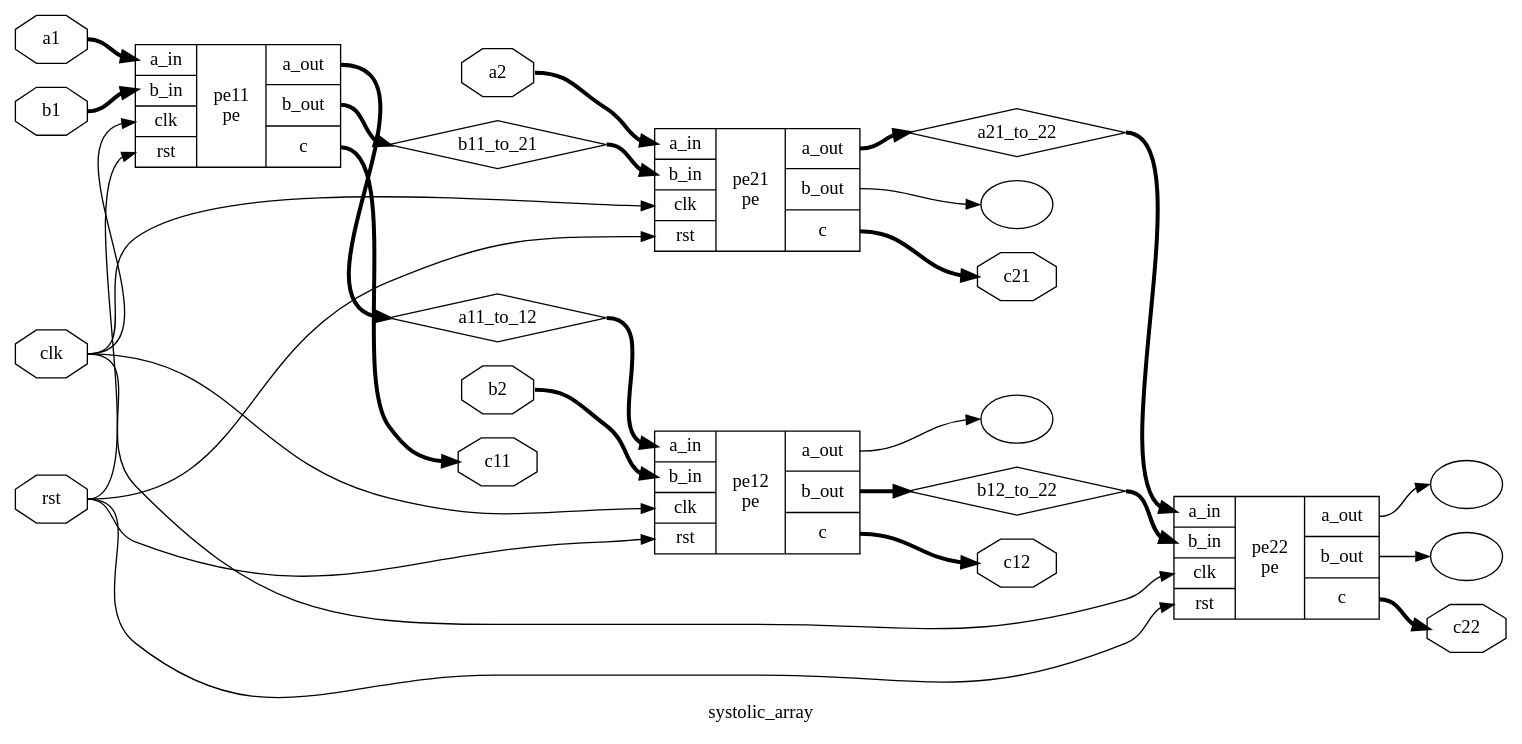
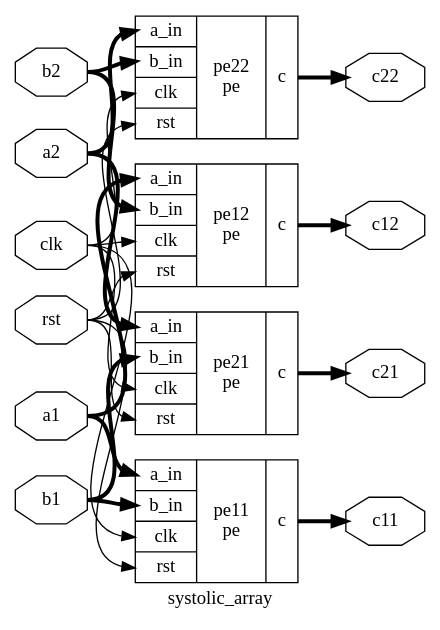
One commit to cupx0j0e/riscv-gpu changed the diagram in systolic_array/2x2_matmul/yosys/systolic_array.dot. Above: the diagram before and after it, drawn with Graphviz. The commit also changed 16 other files, not shown here.

```diff
--- a/systolic_array/2x2_matmul/yosys/systolic_array.dot
+++ b/systolic_array/2x2_matmul/yosys/systolic_array.dot
@@ -1,55 +1,39 @@
 digraph "systolic_array" {
 label="systolic_array";
 rankdir="LR";
 remincross=true;
 n1 [ shape=octagon, label="a1", color="black", fontcolor="black"];
-n2 [ shape=diamond, label="a11_to_12", color="black", fontcolor="black"];
-n3 [ shape=octagon, label="a2", color="black", fontcolor="black"];
-n4 [ shape=diamond, label="a21_to_22", color="black", fontcolor="black"];
-n5 [ shape=octagon, label="b1", color="black", fontcolor="black"];
-n6 [ shape=diamond, label="b11_to_21", color="black", fontcolor="black"];
-n7 [ shape=diamond, label="b12_to_22", color="black", fontcolor="black"];
-n8 [ shape=octagon, label="b2", color="black", fontcolor="black"];
-n9 [ shape=octagon, label="c11", color="black", fontcolor="black"];
-n10 [ shape=octagon, label="c12", color="black", fontcolor="black"];
-n11 [ shape=octagon, label="c21", color="black", fontcolor="black"];
-n12 [ shape=octagon, label="c22", color="black", fontcolor="black"];
-n13 [ shape=octagon, label="clk", color="black", fontcolor="black"];
-n14 [ shape=octagon, label="rst", color="black", fontcolor="black"];
-c20 [ shape=record, label="{{<p15> a_in|<p16> b_in|<p13> clk|<p14> rst}|pe11\npe|{<p17> a_out|<p18> b_out|<p19> c}}",  ];
-v0 [ label="" ];
-c21 [ shape=record, label="{{<p15> a_in|<p16> b_in|<p13> clk|<p14> rst}|pe12\npe|{<p17> a_out|<p18> b_out|<p19> c}}",  ];
-v1 [ label="" ];
-c22 [ shape=record, label="{{<p15> a_in|<p16> b_in|<p13> clk|<p14> rst}|pe21\npe|{<p17> a_out|<p18> b_out|<p19> c}}",  ];
-v2 [ label="" ];
-v3 [ label="" ];
-c23 [ shape=record, label="{{<p15> a_in|<p16> b_in|<p13> clk|<p14> rst}|pe22\npe|{<p17> a_out|<p18> b_out|<p19> c}}",  ];
-n1:e -> c20:p15:w [color="black", fontcolor="black", style="setlinewidth(3)", label=""];
-c21:p19:e -> n10:w [color="black", fontcolor="black", style="setlinewidth(3)", label=""];
-c22:p19:e -> n11:w [color="black", fontcolor="black", style="setlinewidth(3)", label=""];
-c23:p19:e -> n12:w [color="black", fontcolor="black", style="setlinewidth(3)", label=""];
-n13:e -> c20:p13:w [color="black", fontcolor="black", label=""];
-n13:e -> c21:p13:w [color="black", fontcolor="black", label=""];
-n13:e -> c22:p13:w [color="black", fontcolor="black", label=""];
-n13:e -> c23:p13:w [color="black", fontcolor="black", label=""];
-n14:e -> c20:p14:w [color="black", fontcolor="black", label=""];
-n14:e -> c21:p14:w [color="black", fontcolor="black", label=""];
-n14:e -> c22:p14:w [color="black", fontcolor="black", label=""];
-n14:e -> c23:p14:w [color="black", fontcolor="black", label=""];
-c20:p17:e -> n2:w [color="black", fontcolor="black", style="setlinewidth(3)", label=""];
-n2:e -> c21:p15:w [color="black", fontcolor="black", style="setlinewidth(3)", label=""];
-n3:e -> c22:p15:w [color="black", fontcolor="black", style="setlinewidth(3)", label=""];
-c22:p17:e -> n4:w [color="black", fontcolor="black", style="setlinewidth(3)", label=""];
-n4:e -> c23:p15:w [color="black", fontcolor="black", style="setlinewidth(3)", label=""];
-n5:e -> c20:p16:w [color="black", fontcolor="black", style="setlinewidth(3)", label=""];
-c20:p18:e -> n6:w [color="black", fontcolor="black", style="setlinewidth(3)", label=""];
-n6:e -> c22:p16:w [color="black", fontcolor="black", style="setlinewidth(3)", label=""];
-c21:p18:e -> n7:w [color="black", fontcolor="black", style="setlinewidth(3)", label=""];
-n7:e -> c23:p16:w [color="black", fontcolor="black", style="setlinewidth(3)", label=""];
-n8:e -> c21:p16:w [color="black", fontcolor="black", style="setlinewidth(3)", label=""];
-c20:p19:e -> n9:w [color="black", fontcolor="black", style="setlinewidth(3)", label=""];
-c21:p17:e -> v0:w [color="black", fontcolor="black", label=""];
-c22:p18:e -> v1:w [color="black", fontcolor="black", label=""];
-c23:p17:e -> v2:w [color="black", fontcolor="black", label=""];
-c23:p18:e -> v3:w [color="black", fontcolor="black", label=""];
+n2 [ shape=octagon, label="a2", color="black", fontcolor="black"];
+n3 [ shape=octagon, label="b1", color="black", fontcolor="black"];
+n4 [ shape=octagon, label="b2", color="black", fontcolor="black"];
+n5 [ shape=octagon, label="c11", color="black", fontcolor="black"];
+n6 [ shape=octagon, label="c12", color="black", fontcolor="black"];
+n7 [ shape=octagon, label="c21", color="black", fontcolor="black"];
+n8 [ shape=octagon, label="c22", color="black", fontcolor="black"];
+n9 [ shape=octagon, label="clk", color="black", fontcolor="black"];
+n10 [ shape=octagon, label="rst", color="black", fontcolor="black"];
+c14 [ shape=record, label="{{<p11> a_in|<p12> b_in|<p9> clk|<p10> rst}|pe11\npe|{<p13> c}}",  ];
+c15 [ shape=record, label="{{<p11> a_in|<p12> b_in|<p9> clk|<p10> rst}|pe12\npe|{<p13> c}}",  ];
+c16 [ shape=record, label="{{<p11> a_in|<p12> b_in|<p9> clk|<p10> rst}|pe21\npe|{<p13> c}}",  ];
+c17 [ shape=record, label="{{<p11> a_in|<p12> b_in|<p9> clk|<p10> rst}|pe22\npe|{<p13> c}}",  ];
+n1:e -> c14:p11:w [color="black", fontcolor="black", style="setlinewidth(3)", label=""];
+n1:e -> c15:p11:w [color="black", fontcolor="black", style="setlinewidth(3)", label=""];
+n10:e -> c14:p10:w [color="black", fontcolor="black", label=""];
+n10:e -> c15:p10:w [color="black", fontcolor="black", label=""];
+n10:e -> c16:p10:w [color="black", fontcolor="black", label=""];
+n10:e -> c17:p10:w [color="black", fontcolor="black", label=""];
+n2:e -> c16:p11:w [color="black", fontcolor="black", style="setlinewidth(3)", label=""];
+n2:e -> c17:p11:w [color="black", fontcolor="black", style="setlinewidth(3)", label=""];
+n3:e -> c14:p12:w [color="black", fontcolor="black", style="setlinewidth(3)", label=""];
+n3:e -> c16:p12:w [color="black", fontcolor="black", style="setlinewidth(3)", label=""];
+n4:e -> c15:p12:w [color="black", fontcolor="black", style="setlinewidth(3)", label=""];
+n4:e -> c17:p12:w [color="black", fontcolor="black", style="setlinewidth(3)", label=""];
+c14:p13:e -> n5:w [color="black", fontcolor="black", style="setlinewidth(3)", label=""];
+c15:p13:e -> n6:w [color="black", fontcolor="black", style="setlinewidth(3)", label=""];
+c16:p13:e -> n7:w [color="black", fontcolor="black", style="setlinewidth(3)", label=""];
+c17:p13:e -> n8:w [color="black", fontcolor="black", style="setlinewidth(3)", label=""];
+n9:e -> c14:p9:w [color="black", fontcolor="black", label=""];
+n9:e -> c15:p9:w [color="black", fontcolor="black", label=""];
+n9:e -> c16:p9:w [color="black", fontcolor="black", label=""];
+n9:e -> c17:p9:w [color="black", fontcolor="black", label=""];
 }
```
